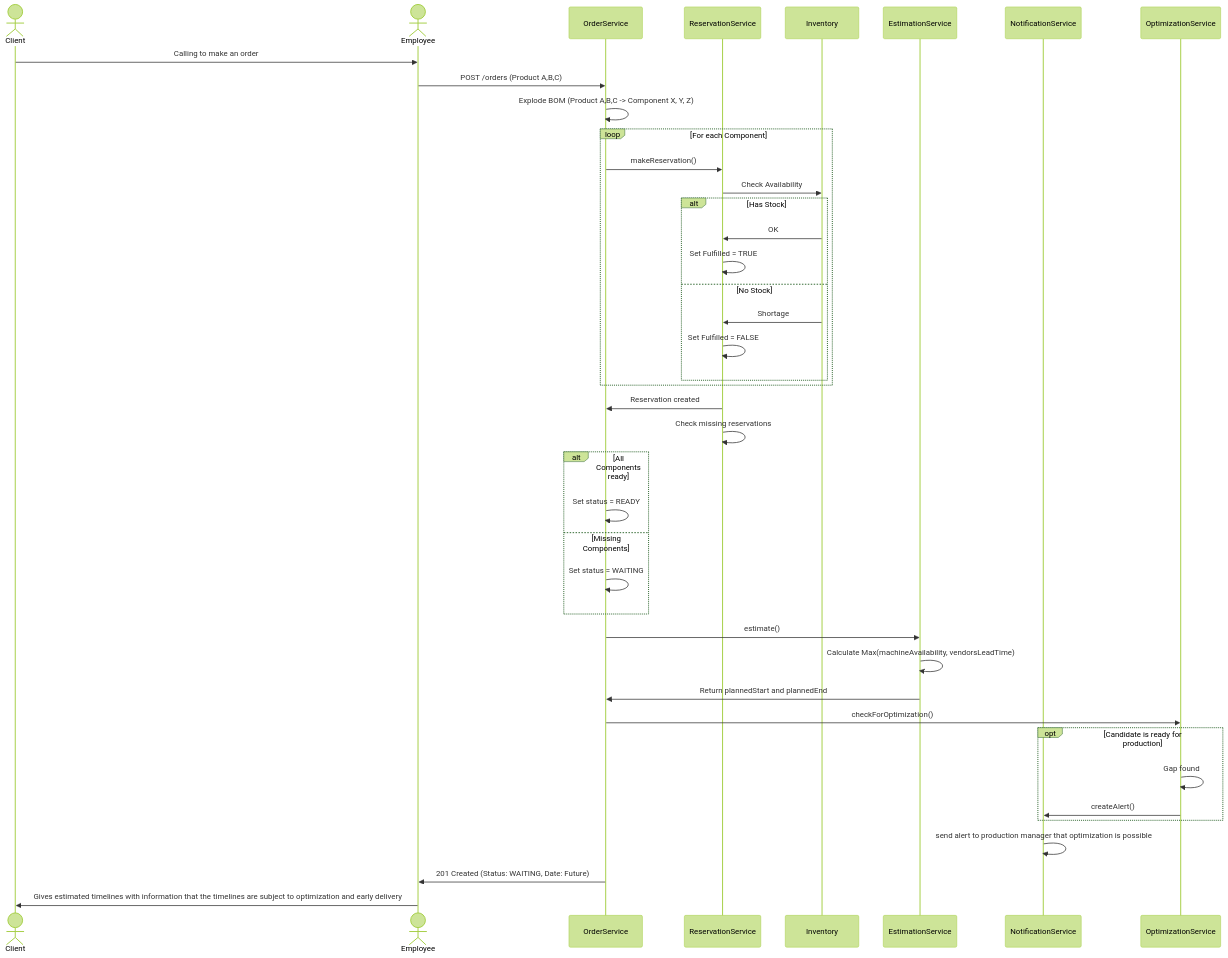
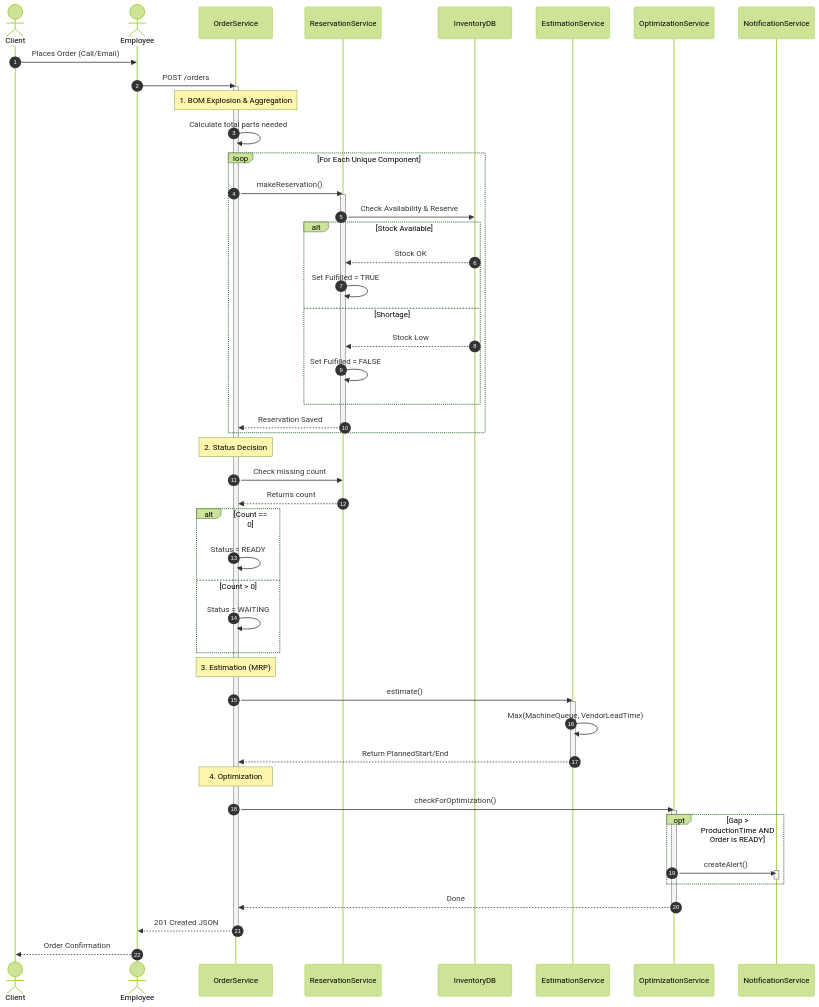
Before and after one commit to Antizore/CableERP: the first of 3 diagrams in README.md, drawn with Mermaid (forest theme).

Commit message:
Revise sequence diagram in README for order process
Updated sequence diagram for order processing, enhancing clarity and adding new components.

````diff
--- a/README.md
+++ b/README.md
@@ -5,52 +5,71 @@
 ```mermaid
 
 sequenceDiagram
-    Actor Client
-    Actor Employee
-    participant OrderService
-    participant ReservationService
-    participant Inventory
-    participant EstimationService
-    participant NotificationService
+    autonumber
+    actor Client
+    actor Employee
+    participant OS as OrderService
+    participant RS as ReservationService
+    participant INV as InventoryDB
+    participant ES as EstimationService
+    participant OPTI as OptimizationService
+    participant NS as NotificationService
 
-    Client->>Employee: Calling to make an order
-    Employee->>OrderService: POST /orders (Product A,B,C)
-    OrderService->>OrderService: Explode BOM (Product A,B,C -> Component X, Y, Z)
+    Client->>Employee: Places Order (Call/Email)
+    Employee->>OS: POST /orders
+    activate OS
     
-    loop For each Component
-        OrderService->>ReservationService: makeReservation()
-        ReservationService->>Inventory: Check Availability
-        alt Has Stock
-            Inventory ->> ReservationService: OK
-            ReservationService->>ReservationService: Set Fulfilled = TRUE
-        else No Stock
-            Inventory ->> ReservationService: Shortage
-            ReservationService->>ReservationService: Set Fulfilled = FALSE
+    note over OS: 1. BOM Explosion & Aggregation
+    OS->>OS: Calculate total parts needed
+
+    loop For Each Unique Component
+        OS->>RS: makeReservation()
+        activate RS
+        RS->>INV: Check Availability & Reserve
+        alt Stock Available
+            INV-->>RS: Stock OK
+            RS->>RS: Set Fulfilled = TRUE
+        else Shortage
+            INV-->>RS: Stock Low
+            RS->>RS: Set Fulfilled = FALSE
         end
+        RS-->>OS: Reservation Saved
+        deactivate RS
     end
 
-    ReservationService->>OrderService: Reservation created
-    ReservationService->>ReservationService: Check missing reservations
-
-    alt All Components ready
-      OrderService->>OrderService: Set status = READY
-    else Missing Components
-      OrderService->>OrderService: Set status = WAITING
+    note over OS: 2. Status Decision
+    OS->>RS: Check missing count
+    RS-->>OS: Returns count
+    alt Count == 0
+        OS->>OS: Status = READY
+    else Count > 0
+        OS->>OS: Status = WAITING
     end
 
-    OrderService->>EstimationService: estimate()
-    EstimationService->>EstimationService: Calculate Max(machineAvailability, vendorsLeadTime)
-    EstimationService->>OrderService: Return plannedStart and plannedEnd
+    note over OS: 3. Estimation (MRP)
+    OS->>ES: estimate()
+    activate ES
+    ES->>ES: Max(MachineQueue, VendorLeadTime)
+    ES-->>OS: Return PlannedStart/End
+    deactivate ES
 
-    OrderService->>OptimizationService: checkForOptimization()
+    note over OS: 4. Optimization
+    OS->>OPTI: checkForOptimization()
+    activate OPTI
+    
 
-    opt Candidate is ready for production
-      OptimizationService->>OptimizationService: Gap found
-      OptimizationService->>NotificationService: createAlert()
+    opt Gap > ProductionTime AND Order is READY
+        OPTI->>NS: createAlert()
+        activate NS
+
+        deactivate NS
     end
-    NotificationService->>NotificationService: send alert to production manager that optimization is possible
-     
-    OrderService->>Employee: 201 Created (Status: WAITING, Date: Future)
-    Employee->>Client: Gives estimated timelines with information that the timelines are subject to optimization and early delivery
+    
+    OPTI-->>OS: Done
+    deactivate OPTI
+
+    OS-->>Employee: 201 Created JSON
+    deactivate OS
+    Employee-->>Client: Order Confirmation
 
 ```
````
